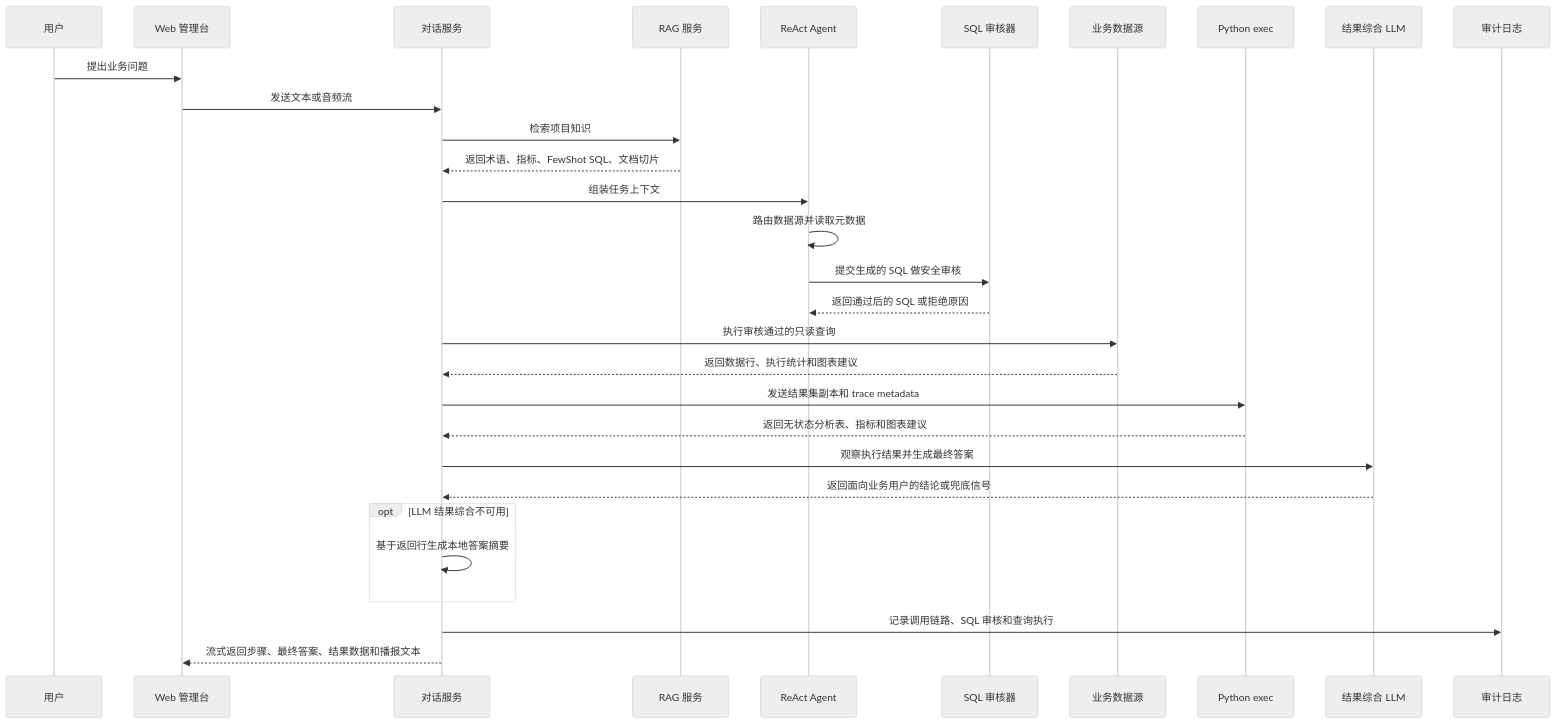
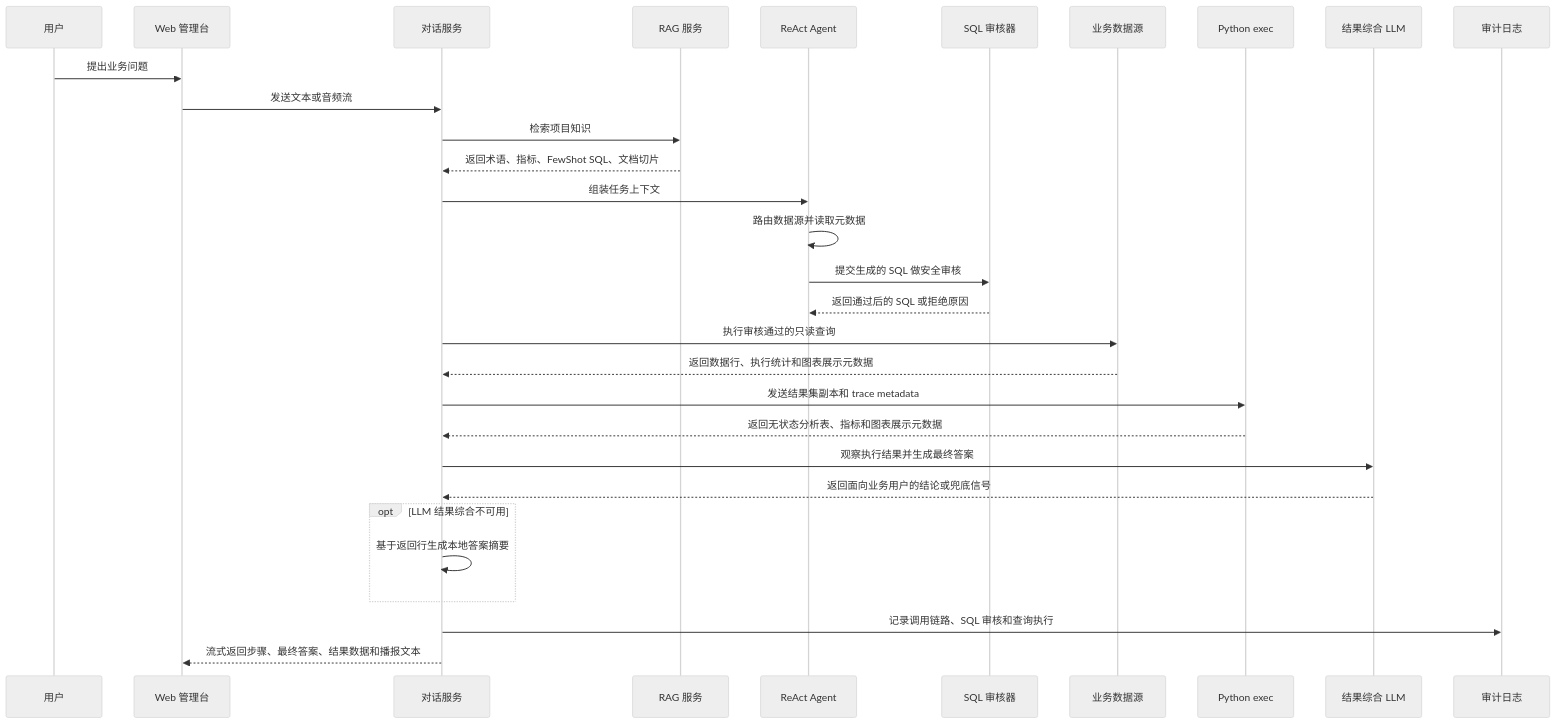
One commit to fanxiangqing/ling-shu changed the third of 3 diagrams in README-zh.md. Above: the diagram before and after it, drawn with Mermaid (neutral theme). The commit also changed other lines of this file and 4 other files, not shown here.

````diff
--- a/README-zh.md
+++ b/README-zh.md
@@ -511,33 +511,33 @@
 ```mermaid
 sequenceDiagram
   participant User as 用户
   participant Web as Web 管理台
   participant Chat as 对话服务
   participant RAG as RAG 服务
   participant Agent as ReAct Agent
   participant SQL as SQL 审核器
   participant DB as 业务数据源
   participant PyExec as Python exec
   participant LLM as 结果综合 LLM
   participant Audit as 审计日志
 
   User->>Web: 提出业务问题
   Web->>Chat: 发送文本或音频流
   Chat->>RAG: 检索项目知识
   RAG-->>Chat: 返回术语、指标、FewShot SQL、文档切片
   Chat->>Agent: 组装任务上下文
   Agent->>Agent: 路由数据源并读取元数据
   Agent->>SQL: 提交生成的 SQL 做安全审核
   SQL-->>Agent: 返回通过后的 SQL 或拒绝原因
   Chat->>DB: 执行审核通过的只读查询
-  DB-->>Chat: 返回数据行、执行统计和图表建议
+  DB-->>Chat: 返回数据行、执行统计和图表展示元数据
   Chat->>PyExec: 发送结果集副本和 trace metadata
-  PyExec-->>Chat: 返回无状态分析表、指标和图表建议
+  PyExec-->>Chat: 返回无状态分析表、指标和图表展示元数据
   Chat->>LLM: 观察执行结果并生成最终答案
   LLM-->>Chat: 返回面向业务用户的结论或兜底信号
   opt LLM 结果综合不可用
     Chat->>Chat: 基于返回行生成本地答案摘要
   end
   Chat->>Audit: 记录调用链路、SQL 审核和查询执行
   Chat-->>Web: 流式返回步骤、最终答案、结果数据和播报文本
 ```
````
